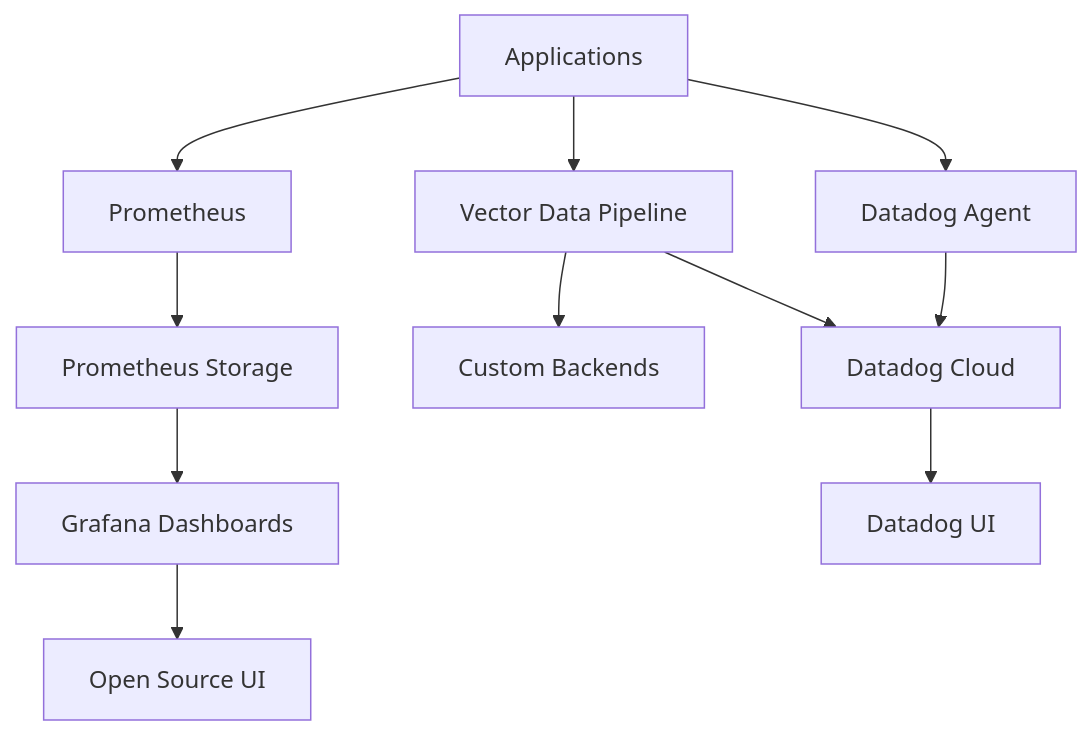
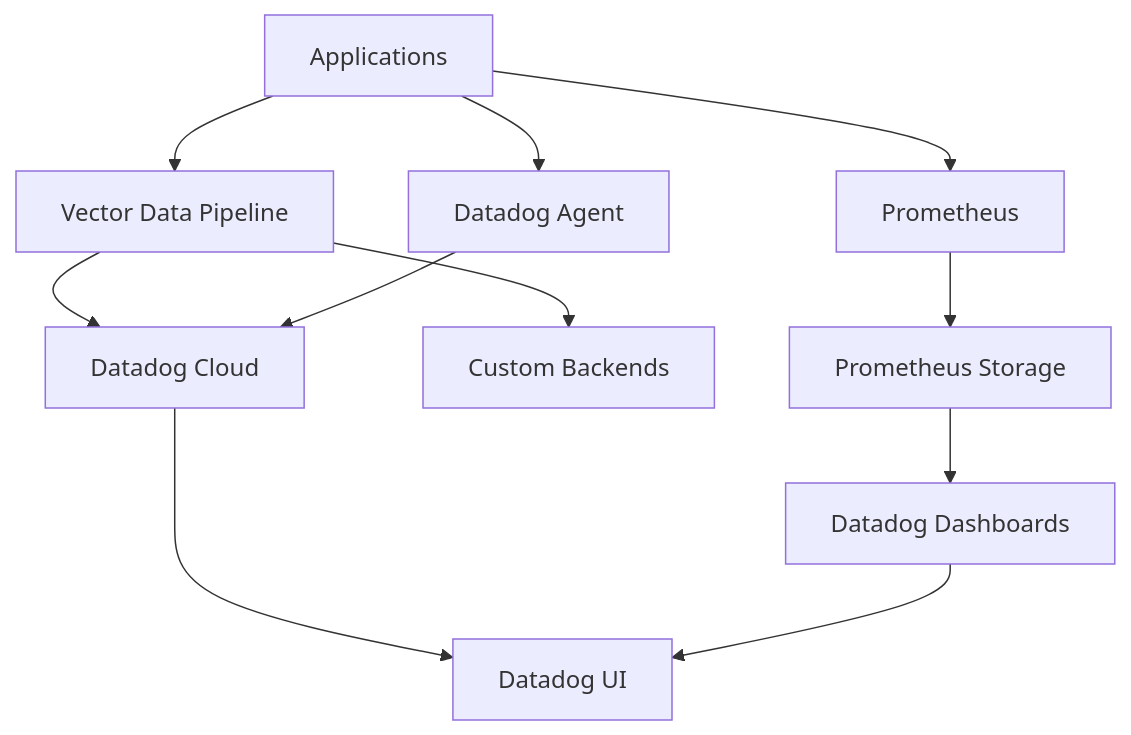
The diagram in docs/src/content/docs/monitoring/overview.md (ryanmaclean/vibecode-webgui), drawn with Mermaid before and after one commit. The commit also changed other lines of this file and 98 other files, not shown here.

````diff
--- a/docs/src/content/docs/monitoring/overview.md
+++ b/docs/src/content/docs/monitoring/overview.md
@@ -12,15 +12,15 @@
 ```mermaid
 graph TD
     A[Applications] --> B[Vector Data Pipeline]
     A --> C[Datadog Agent]
     A --> D[Prometheus]
     
     B --> E[Datadog Cloud]
     B --> F[Custom Backends]
     C --> E
     D --> G[Prometheus Storage]
-    G --> H[Grafana Dashboards]
+    G --> H[Datadog Dashboards]
     
     E --> I[Datadog UI]
-    H --> J[Open Source UI]
+    H --> I
 ```
````
